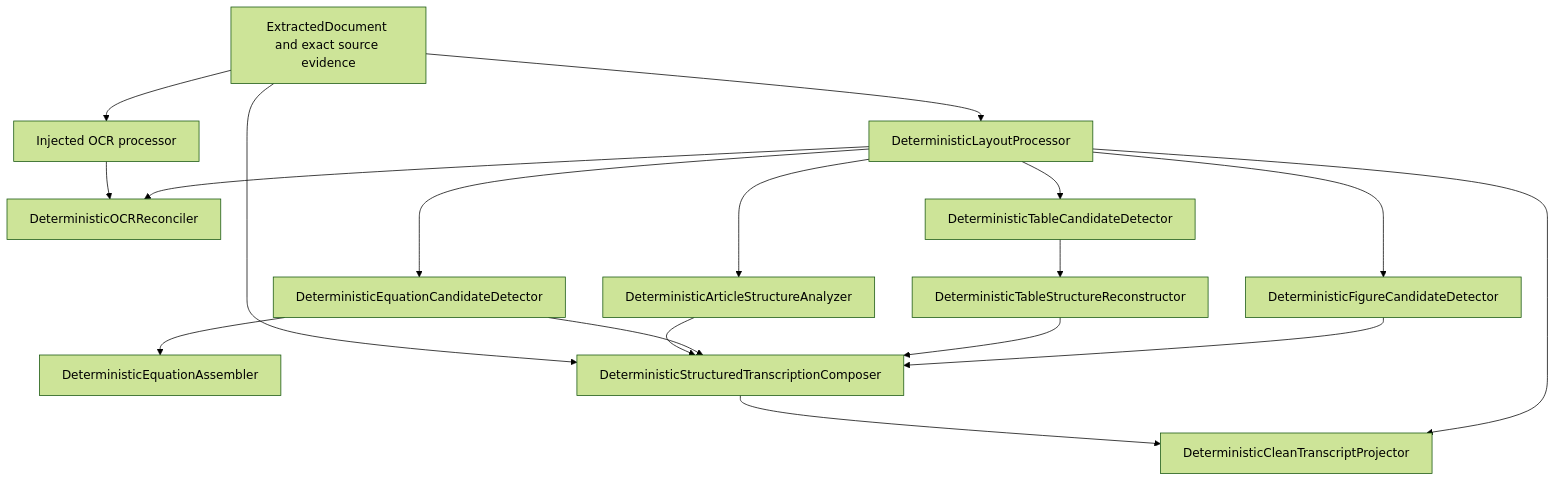
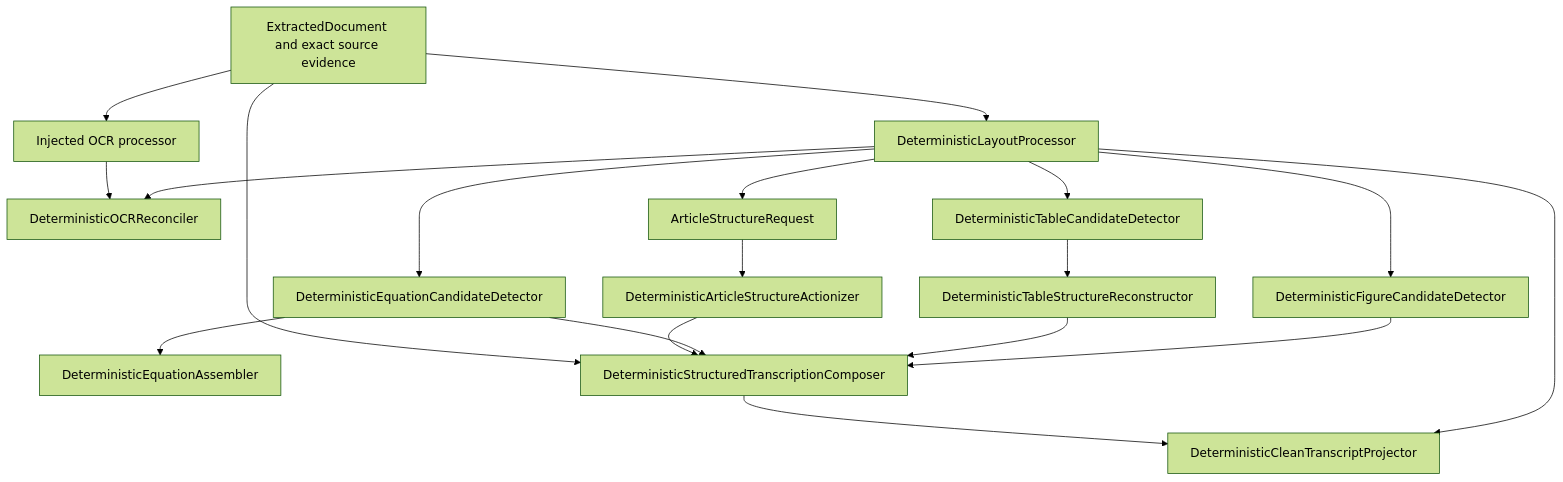
The diagram in docs/architecture/ingestion/v0/deterministic/index.md (eragasa/projectkoios-ingestion), drawn with Mermaid (forest theme) before and after one commit. The commit also changed other lines of this file and 35 other files, not shown here.

Commit message:
Actionize article structure analysis

````diff
--- a/docs/architecture/ingestion/v0/deterministic/index.md
+++ b/docs/architecture/ingestion/v0/deterministic/index.md
@@ -26,26 +26,27 @@
 ```mermaid
 flowchart TD
     Raw[ExtractedDocument and exact source evidence]
 
     Raw --> Layout[DeterministicLayoutProcessor]
     Raw --> OCR[Injected OCR processor]
     OCR --> Reconcile[DeterministicOCRReconciler]
     Layout --> Reconcile
 
-    Layout --> Structure[DeterministicArticleStructureAnalyzer]
+    Layout --> StructureRequest[ArticleStructureRequest]
+    StructureRequest --> Structure[DeterministicArticleStructureActionizer]
     Layout --> Equations[DeterministicEquationCandidateDetector]
     Layout --> Tables[DeterministicTableCandidateDetector]
     Layout --> Figures[DeterministicFigureCandidateDetector]
 
     Equations --> EquationAssembly[DeterministicEquationAssembler]
     Tables --> TableStructure[DeterministicTableStructureReconstructor]
 
     Raw --> Compose[DeterministicStructuredTranscriptionComposer]
     Structure --> Compose
     Equations --> Compose
     TableStructure --> Compose
     Figures --> Compose
 
     Compose --> Clean[DeterministicCleanTranscriptProjector]
     Layout --> Clean
 ```
````
